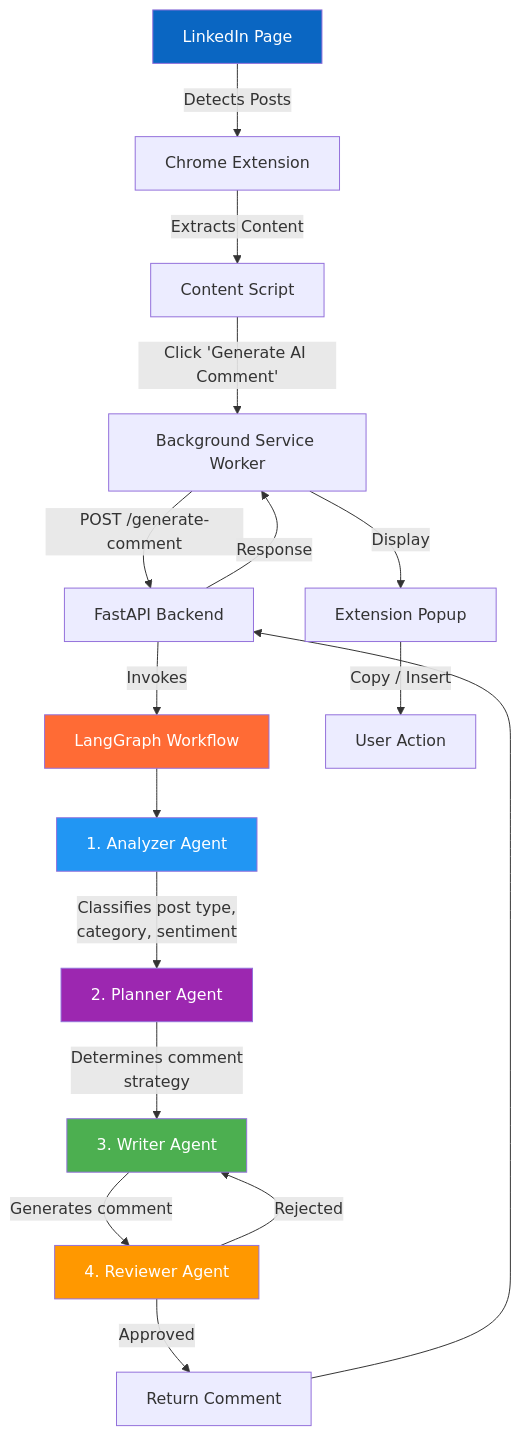
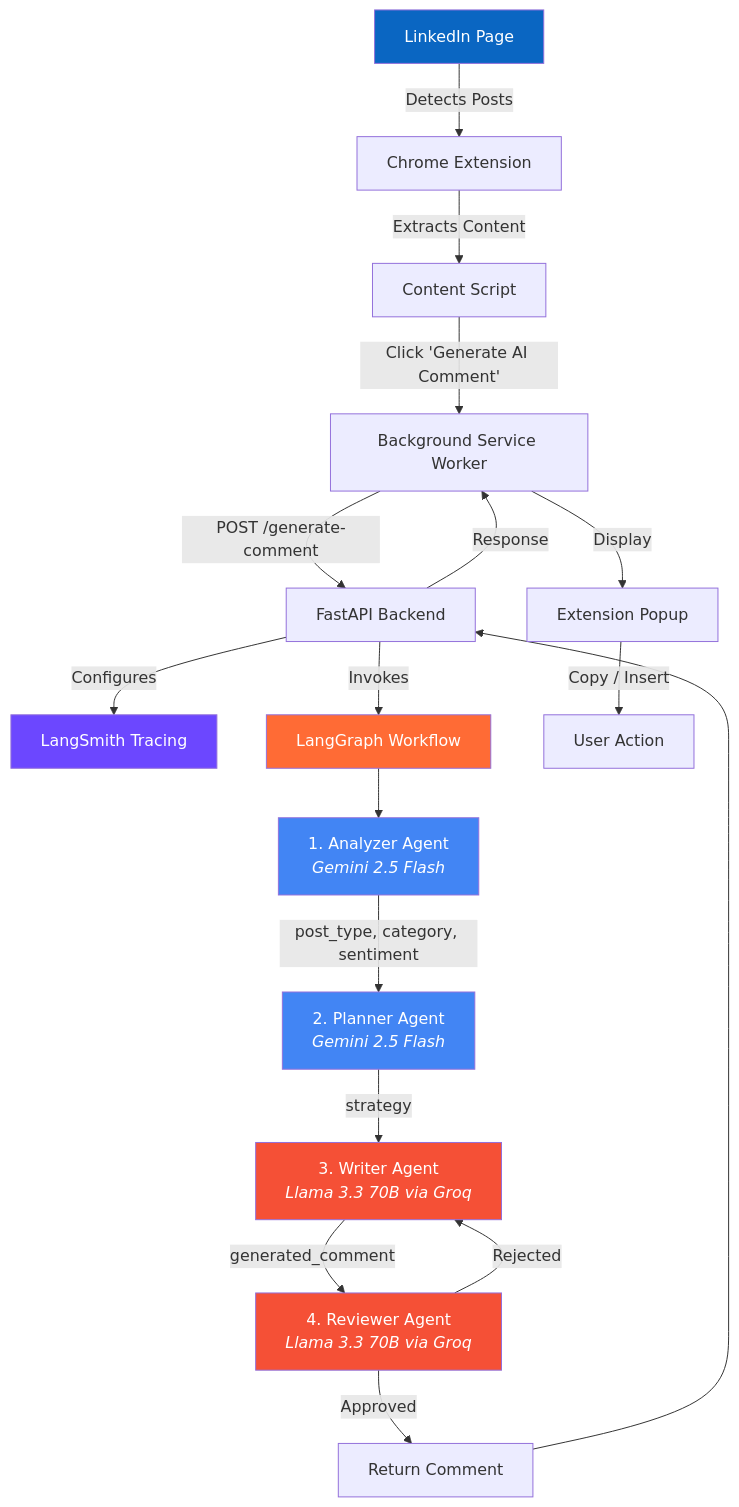
The first of 4 diagrams in README.md (himanshu231204/linkedin-ai-comment-copilot), drawn with Mermaid before and after one commit. The commit also changed other lines of this file and 6 other files, not shown here.

````diff
--- a/README.md
+++ b/README.md
@@ -53,28 +56,30 @@
 ```mermaid
 graph TD
     A[LinkedIn Page] -->|Detects Posts| B[Chrome Extension]
     B -->|Extracts Content| C[Content Script]
     C -->|"Click 'Generate AI Comment'"| D[Background Service Worker]
     D -->|"POST /generate-comment"| E[FastAPI Backend]
+    E -->|Configures| LS[LangSmith Tracing]
     E -->|Invokes| F[LangGraph Workflow]
     
-    F --> G[1. Analyzer Agent]
-    G -->|Classifies post type,<br>category, sentiment| H[2. Planner Agent]
-    H -->|Determines comment<br>strategy| I[3. Writer Agent]
-    I -->|Generates comment| J[4. Reviewer Agent]
+    F --> G["1. Analyzer Agent<br/><i>Gemini 2.5 Flash</i>"]
+    G -->|post_type, category, sentiment| H["2. Planner Agent<br/><i>Gemini 2.5 Flash</i>"]
+    H -->|strategy| I["3. Writer Agent<br/><i>Llama 3.3 70B via Groq</i>"]
+    I -->|generated_comment| J["4. Reviewer Agent<br/><i>Llama 3.3 70B via Groq</i>"]
     
     J -->|Approved| K[Return Comment]
     J -->|Rejected| I
     
     K --> E
     E -->|Response| D
     D -->|Display| L[Extension Popup]
     L -->|Copy / Insert| M[User Action]
     
     style A fill:#0A66C2,color:#fff
     style F fill:#FF6B35,color:#fff
-    style G fill:#2196F3,color:#fff
-    style H fill:#9C27B0,color:#fff
-    style I fill:#4CAF50,color:#fff
-    style J fill:#FF9800,color:#fff
+    style G fill:#4285F4,color:#fff
+    style H fill:#4285F4,color:#fff
+    style I fill:#F55036,color:#fff
+    style J fill:#F55036,color:#fff
+    style LS fill:#6C47FF,color:#fff
 ```
````
